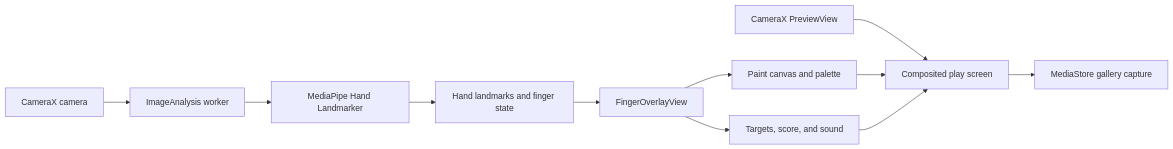
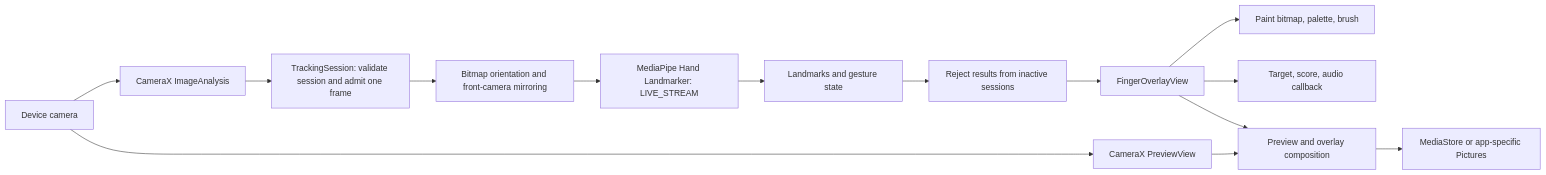
One commit to MRSHAKILS/Hand-Tracker-App changed the first of 2 diagrams in README.md. Above: the diagram before and after it, drawn with Mermaid. The commit also changed other lines of this file and 29 other files, not shown here.

Commit message:
Refine Android UI, harden tracking lifecycle, and document architecture

````diff
--- a/README.md
+++ b/README.md
@@ -78,13 +25,16 @@
 ```mermaid
 flowchart LR
-    Camera["CameraX camera"] --> Analysis["ImageAnalysis worker"]
-    Analysis --> MediaPipe["MediaPipe Hand Landmarker"]
-    MediaPipe --> Landmarks["Hand landmarks and finger state"]
-    Landmarks --> Overlay["FingerOverlayView"]
-    Overlay --> Paint["Paint canvas and palette"]
-    Overlay --> Game["Targets, score, and sound"]
-    Preview["CameraX PreviewView"] --> Screen["Composited play screen"]
-    Paint --> Screen
-    Game --> Screen
-    Screen --> Capture["MediaStore gallery capture"]
+    Camera["Device camera"] --> Preview["CameraX PreviewView"]
+    Camera --> Analysis["CameraX ImageAnalysis"]
+    Analysis --> Gate["TrackingSession: validate session and admit one frame"]
+    Gate --> Orient["Bitmap orientation and front-camera mirroring"]
+    Orient --> Model["MediaPipe Hand Landmarker: LIVE_STREAM"]
+    Model --> Result["Landmarks and gesture state"]
+    Result --> Valid["Reject results from inactive sessions"]
+    Valid --> Overlay["FingerOverlayView"]
+    Overlay --> Paint["Paint bitmap, palette, brush"]
+    Overlay --> Game["Target, score, audio callback"]
+    Preview --> Capture["Preview and overlay composition"]
+    Overlay --> Capture
+    Capture --> Storage["MediaStore or app-specific Pictures"]
 ```
````
